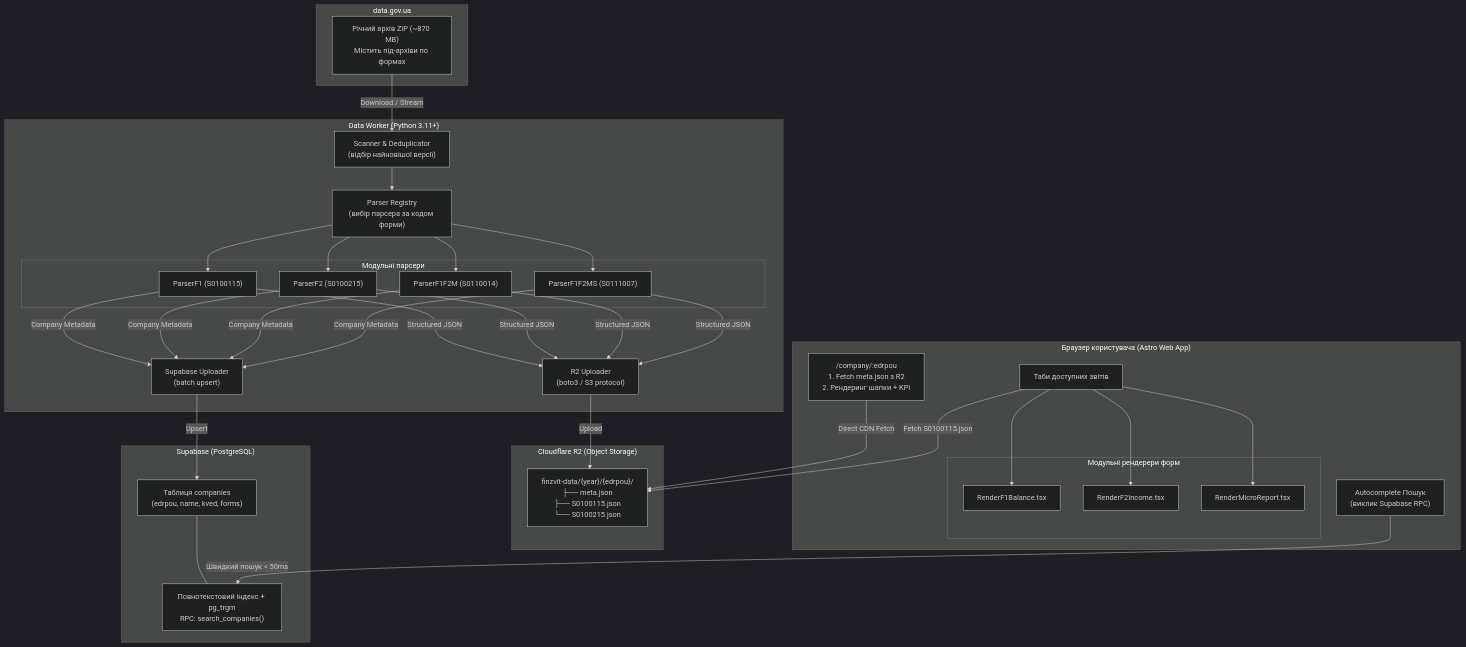
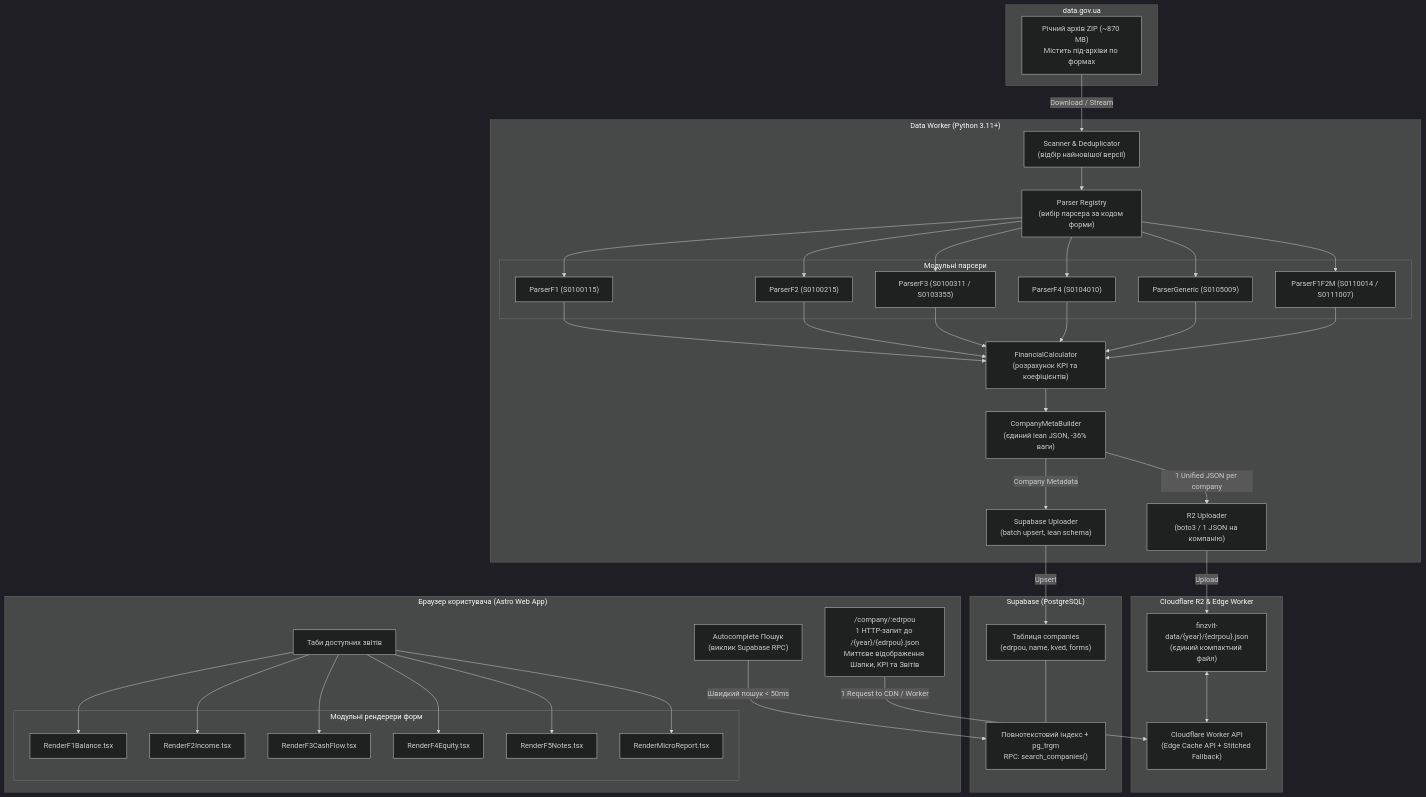
Before and after one commit to bnotezz/finzvit: the diagram in docs/ARCHITECTURE.md, drawn with Mermaid (dark theme). The commit also changed other lines of this file and 47 other files, not shown here.

First line of the commit message:
feat: optimize unified JSON payload, add 54 tests for 5 forms, and update docs

````diff
--- a/docs/ARCHITECTURE.md
+++ b/docs/ARCHITECTURE.md
@@ -9,57 +9,68 @@
 ```mermaid
 flowchart TD
     subgraph DataGov["data.gov.ua"]
         ZipSource["Річний архів ZIP (~870 MB)<br/>Містить під-архіви по формах"]
     end
 
     subgraph WorkerMachine["Data Worker (Python 3.11+)"]
         Scanner["Scanner & Deduplicator<br/>(відбір найновішої версії)"]
         ParserRegistry["Parser Registry<br/>(вибір парсера за кодом форми)"]
         
         subgraph Parsers["Модульні парсери"]
             PF1["ParserF1 (S0100115)"]
             PF2["ParserF2 (S0100215)"]
-            PF1M["ParserF1F2M (S0110014)"]
-            PF1MS["ParserF1F2MS (S0111007)"]
+            PF3["ParserF3 (S0100311 / S0103355)"]
+            PF4["ParserF4 (S0104010)"]
+            PFGeneric["ParserGeneric (S0105009)"]
+            PF1M["ParserF1F2M (S0110014 / S0111007)"]
         end
+
+        FinCalc["FinancialCalculator<br/>(розрахунок KPI та коефіцієнтів)"]
+        MetaBuilder["CompanyMetaBuilder<br/>(єдиний lean JSON, -36% ваги)"]
         
-        UploaderR2["R2 Uploader<br/>(boto3 / S3 protocol)"]
-        UploaderSupa["Supabase Uploader<br/>(batch upsert)"]
+        UploaderR2["R2 Uploader<br/>(boto3 / 1 JSON на компанію)"]
+        UploaderSupa["Supabase Uploader<br/>(batch upsert, lean schema)"]
     end
 
-    subgraph Storage["Cloudflare R2 (Object Storage)"]
-        R2Files["finzvit-data/{year}/{edrpou}/<br/>├── meta.json<br/>├── S0100115.json<br/>└── S0100215.json"]
+    subgraph Storage["Cloudflare R2 & Edge Worker"]
+        R2Files["finzvit-data/{year}/{edrpou}.json<br/>(єдиний компактний файл)"]
+        CFWorker["Cloudflare Worker API<br/>(Edge Cache API + Stitched Fallback)"]
     end
 
     subgraph Database["Supabase (PostgreSQL)"]
         CompaniesTable["Таблиця companies<br/>(edrpou, name, kved, forms)"]
         FTSSearch["Повнотекстовий індекс + pg_trgm<br/>RPC: search_companies()"]
     end
 
     subgraph Client["Браузер користувача (Astro Web App)"]
         SearchUI["Autocomplete Пошук<br/>(виклик Supabase RPC)"]
-        CompanyPage["/company/:edrpou<br/>1. Fetch meta.json з R2<br/>2. Рендеринг шапки + KPI"]
+        CompanyPage["/company/:edrpou<br/>1 HTTP-запит до /{year}/{edrpou}.json<br/>Миттєве відображення Шапки, KPI та Звітів"]
         ReportTabs["Таби доступних звітів"]
         
         subgraph Renderers["Модульні рендерери форм"]
             RF1["RenderF1Balance.tsx"]
             RF2["RenderF2Income.tsx"]
+            RF3["RenderF3CashFlow.tsx"]
+            RF4["RenderF4Equity.tsx"]
+            RF5["RenderF5Notes.tsx"]
             RFMicro["RenderMicroReport.tsx"]
         end
     end
 
     ZipSource -->|Download / Stream| Scanner
     Scanner --> ParserRegistry
-    ParserRegistry --> PF1 & PF2 & PF1M & PF1MS
-    PF1 & PF2 & PF1M & PF1MS -->|Structured JSON| UploaderR2
-    PF1 & PF2 & PF1M & PF1MS -->|Company Metadata| UploaderSupa
+    ParserRegistry --> PF1 & PF2 & PF3 & PF4 & PFGeneric & PF1M
+    PF1 & PF2 & PF3 & PF4 & PFGeneric & PF1M --> FinCalc
+    FinCalc --> MetaBuilder
+    MetaBuilder -->|1 Unified JSON per company| UploaderR2
+    MetaBuilder -->|Company Metadata| UploaderSupa
     
     UploaderR2 -->|Upload| R2Files
+    R2Files <--> CFWorker
     UploaderSupa -->|Upsert| CompaniesTable
     CompaniesTable --- FTSSearch
 
     SearchUI -->|Швидкий пошук < 50ms| FTSSearch
-    CompanyPage -->|Direct CDN Fetch| R2Files
-    ReportTabs -->|Fetch S0100115.json| R2Files
-    ReportTabs --> RF1 & RF2 & RFMicro
+    CompanyPage -->|1 Request to CDN / Worker| CFWorker
+    ReportTabs --> RF1 & RF2 & RF3 & RF4 & RF5 & RFMicro
 ```
````
